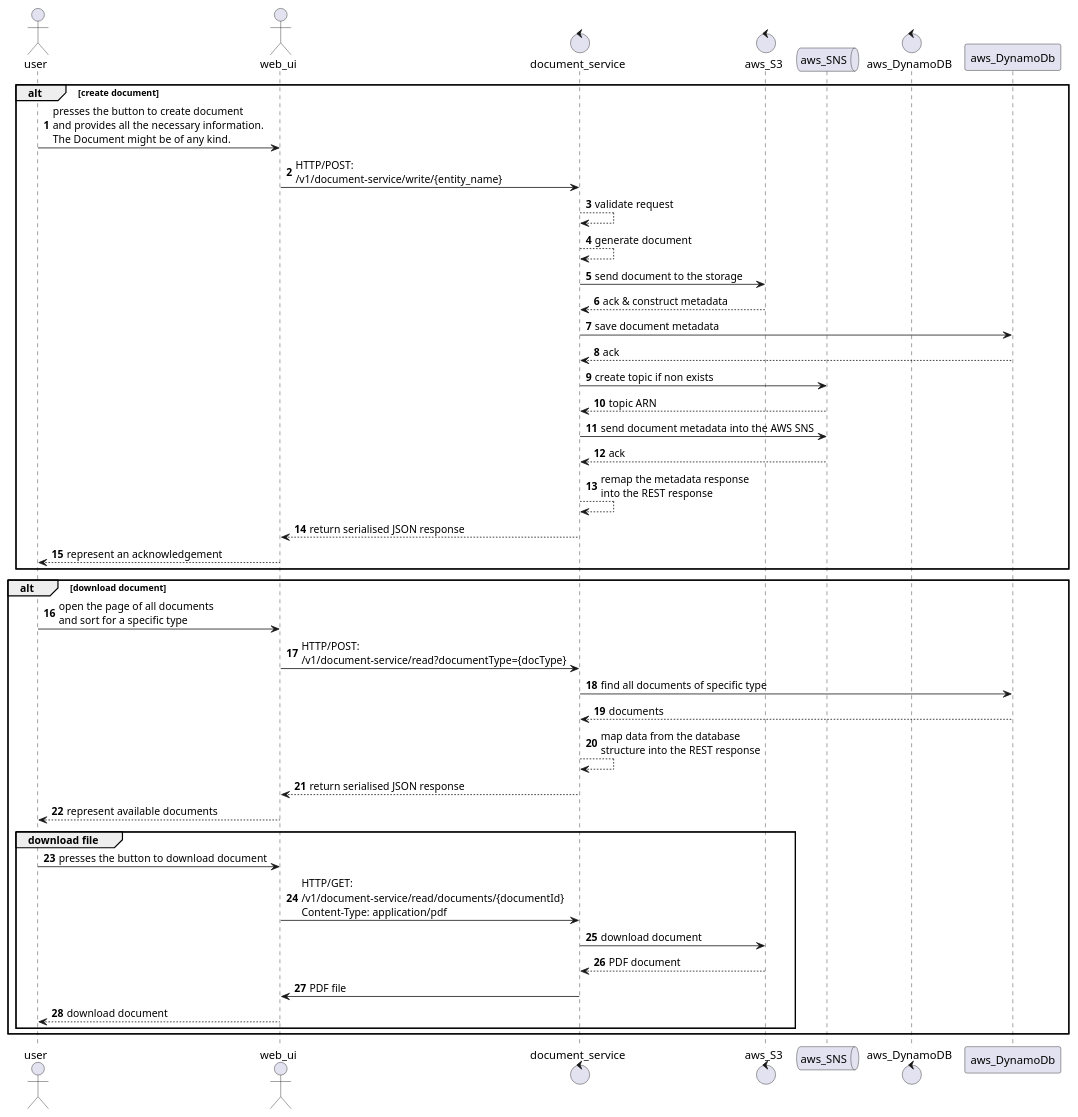
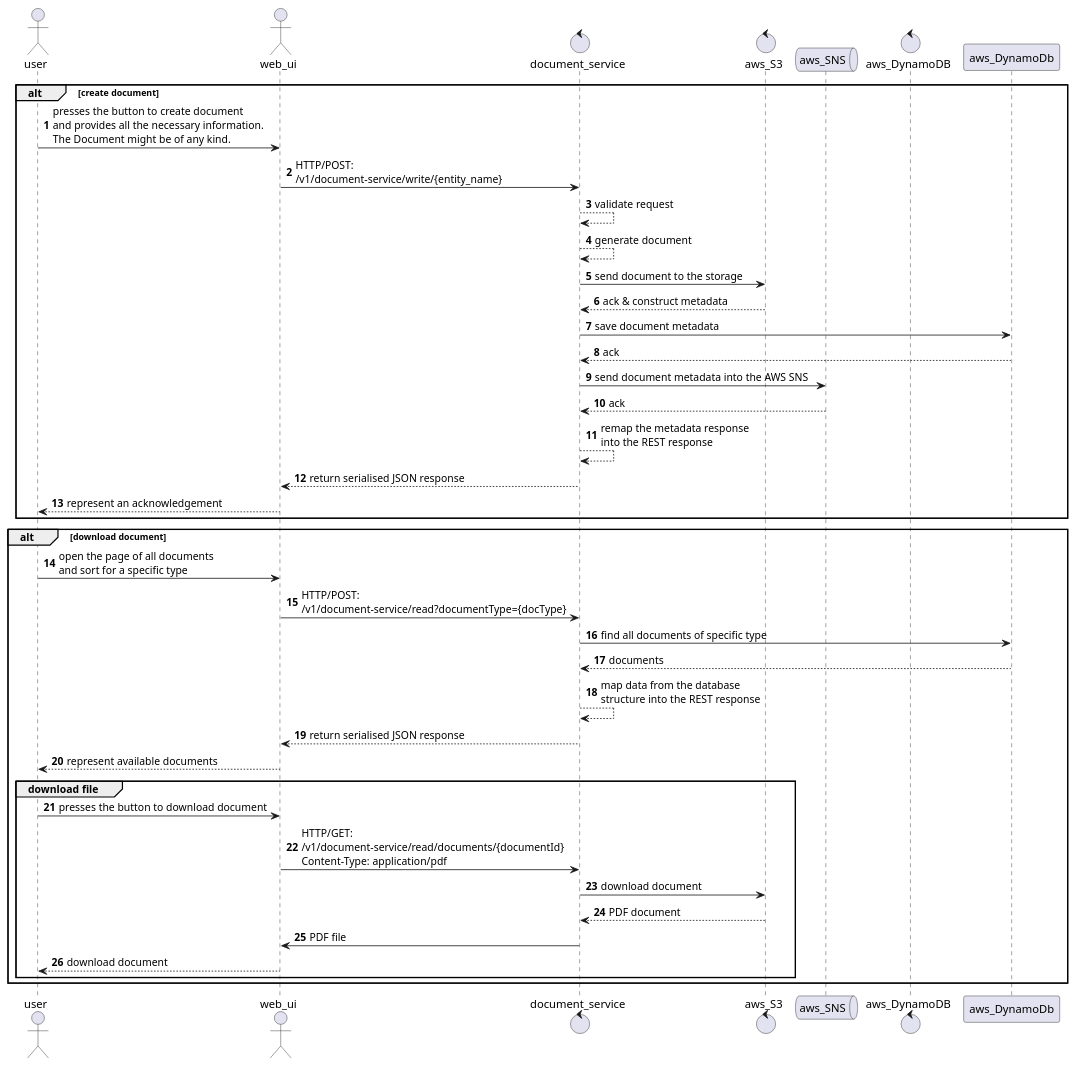
The diagram in high-level.puml (sergejsvisockis/document-service), drawn with PlantUML before and after one commit. The commit also changed 13 other files, not shown here.

```diff
--- a/high-level.puml
+++ b/high-level.puml
@@ -1,48 +1,46 @@
 @startuml
 'https://plantuml.com/sequence-diagram
 
 autonumber
 
 actor user
 actor web_ui
 control document_service
 control aws_S3
 queue aws_SNS
 control aws_DynamoDB
 
 alt create document
     user -> web_ui: presses the button to create document\nand provides all the necessary information.\nThe Document might be of any kind.
     web_ui -> document_service: HTTP/POST:\n/v1/document-service/write/{entity_name}
     document_service --> document_service: validate request
     document_service --> document_service: generate document
     document_service -> aws_S3: send document to the storage
     return ack & construct metadata
     document_service -> aws_DynamoDb: save document metadata
     return ack
-    document_service -> aws_SNS: create topic if non exists
-    return topic ARN
     document_service -> aws_SNS: send document metadata into the AWS SNS
     return ack
     document_service --> document_service: remap the metadata response\ninto the REST response
     document_service --> web_ui: return serialised JSON response
     web_ui --> user: represent an acknowledgement
 end
 alt download document
     user -> web_ui: open the page of all documents\nand sort for a specific type
     web_ui -> document_service: HTTP/POST:\n/v1/document-service/read?documentType={docType}
     document_service -> aws_DynamoDb: find all documents of specific type
     return documents
     document_service --> document_service: map data from the database\nstructure into the REST response
     document_service --> web_ui: return serialised JSON response
     web_ui --> user: represent available documents
     group download file
         user -> web_ui: presses the button to download document
         web_ui -> document_service: HTTP/GET:\n/v1/document-service/read/documents/{documentId}\nContent-Type: application/pdf
         document_service -> aws_S3: download document
         return PDF document
         document_service -> web_ui: PDF file
         web_ui --> user: download document
     end
 end
 
 @enduml
```
